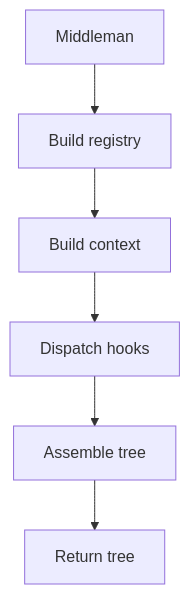
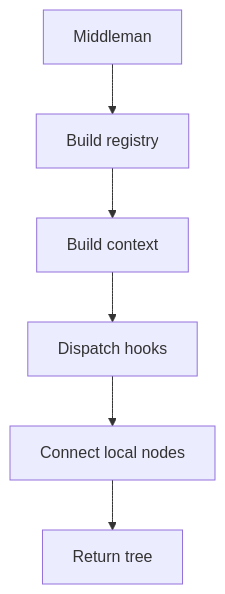
Before and after one commit to JohnAndrewBalbarosa/NeoTerritory: the diagram in docs/Codebase/Microservice/Modules/Source/Analysis/Patterns/Middleman/Middleman/README.md, drawn with Mermaid. The commit also changed 925 other files, not shown here.

````diff
--- a/docs/Codebase/Microservice/Modules/Source/Analysis/Patterns/Middleman/Middleman/README.md
+++ b/docs/Codebase/Microservice/Modules/Source/Analysis/Patterns/Middleman/Middleman/README.md
@@ -12,14 +12,14 @@
 ```mermaid
 flowchart TD
     Start["Middleman"]
     N0["Build registry"]
     N1["Build context"]
     N2["Dispatch hooks"]
-    N3["Assemble tree"]
+    N3["Connect local nodes"]
     End["Return tree"]
     Start --> N0
     N0 --> N1
     N1 --> N2
     N2 --> N3
     N3 --> End
 ```
````
